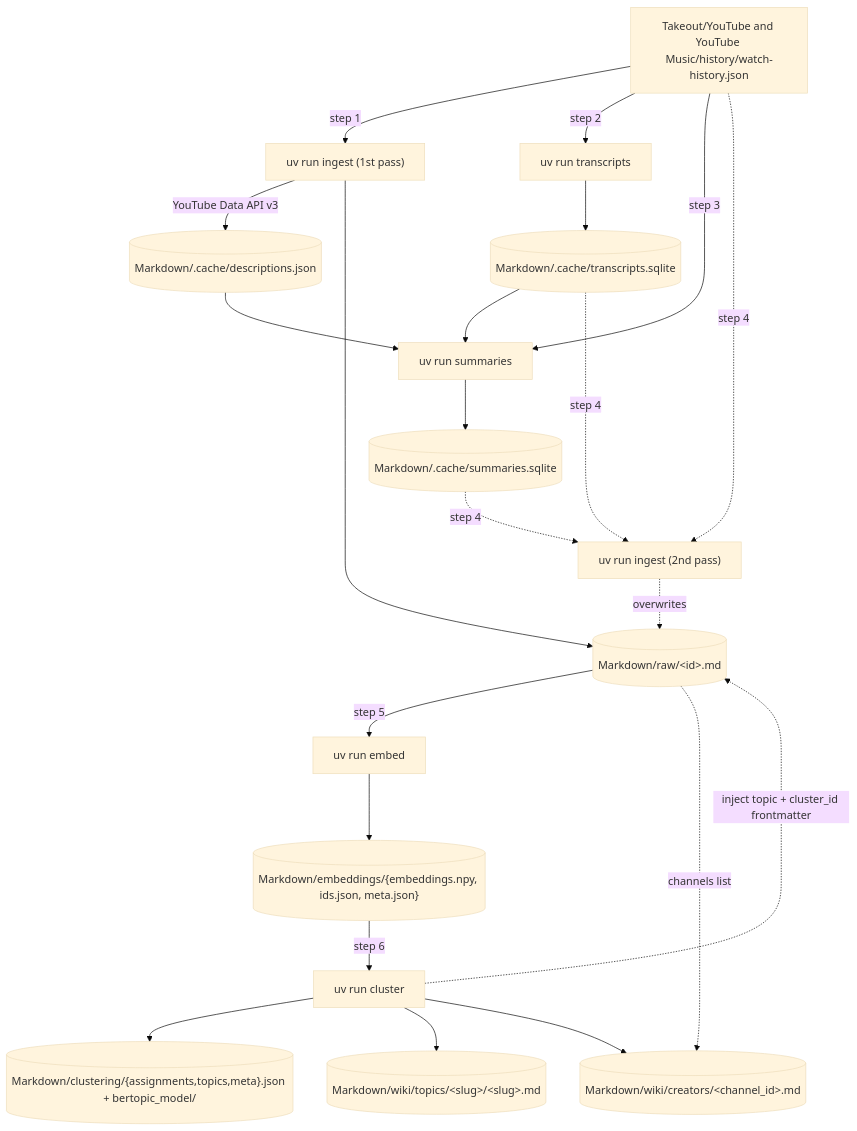
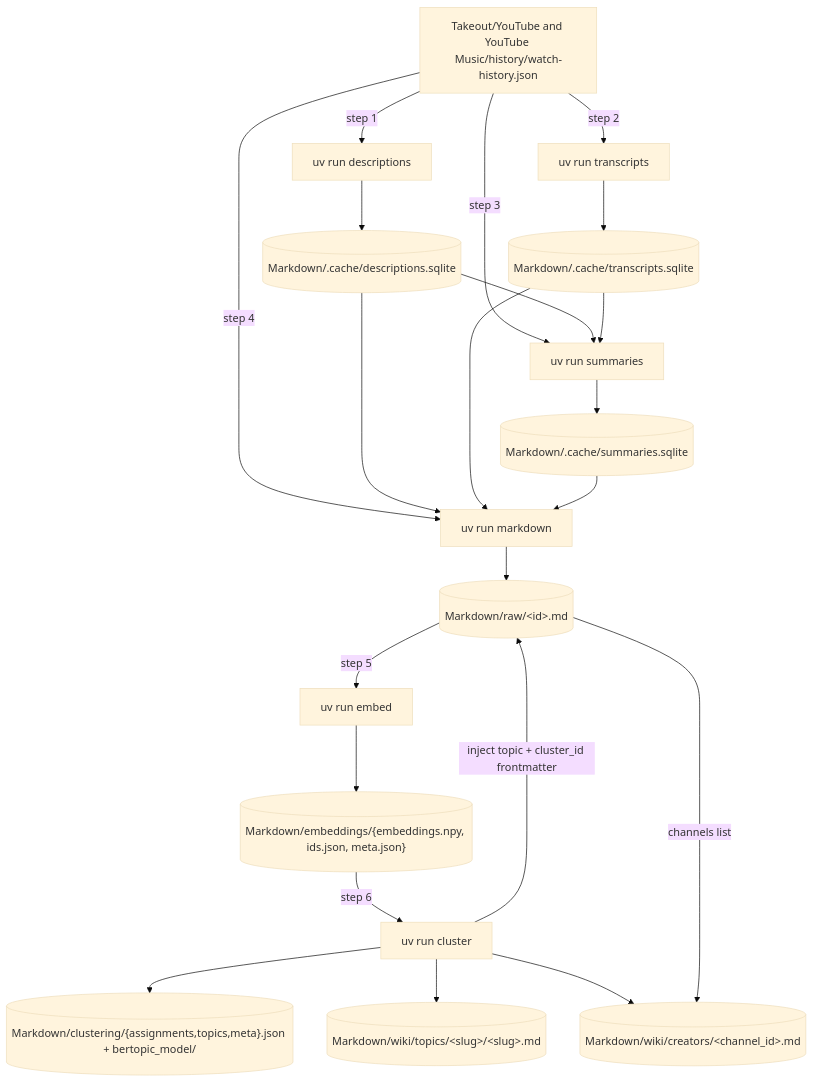
Before and after one commit to lars20070/youtubebrain: the diagram in lat.md/overview.md, drawn with Mermaid (base theme). The commit also changed other lines of this file and 3 other files, not shown here.

````diff
--- a/lat.md/overview.md
+++ b/lat.md/overview.md
@@ -45,32 +43,31 @@
 ```mermaid
 flowchart TD
     Input["Takeout/YouTube and YouTube Music/history/watch-history.json"]
 
-    Input -->|step 1| Ingest1["uv run ingest (1st pass)"]
+    Input -->|step 1| Descriptions["uv run descriptions"]
     Input -->|step 2| Transcripts["uv run transcripts"]
     Input -->|step 3| Summaries["uv run summaries"]
+    Input -->|step 4| Markdown["uv run markdown"]
 
-    Ingest1 -->|YouTube Data API v3| DescCache[("Markdown/.cache/descriptions.json")]
-    Ingest1 --> Raw[("Markdown/raw/&lt;id&gt;.md")]
-
+    Descriptions --> DescCache[("Markdown/.cache/descriptions.sqlite")]
     Transcripts --> TxCache[("Markdown/.cache/transcripts.sqlite")]
 
     DescCache --> Summaries
     TxCache --> Summaries
     Summaries --> SmCache[("Markdown/.cache/summaries.sqlite")]
 
-    TxCache -.->|step 4| Ingest2["uv run ingest (2nd pass)"]
-    SmCache -.->|step 4| Ingest2
-    Input -.->|step 4| Ingest2
-    Ingest2 -.->|overwrites| Raw
+    DescCache --> Markdown
+    TxCache --> Markdown
+    SmCache --> Markdown
+    Markdown --> Raw[("Markdown/raw/&lt;id&gt;.md")]
 
     Raw -->|step 5| Embed["uv run embed"]
     Embed --> Emb[("Markdown/embeddings/{embeddings.npy, ids.json, meta.json}")]
 
     Emb -->|step 6| Cluster["uv run cluster"]
     Cluster --> Clu[("Markdown/clustering/{assignments,topics,meta}.json + bertopic_model/")]
     Cluster --> Wiki[("Markdown/wiki/topics/&lt;slug&gt;/&lt;slug&gt;.md")]
     Cluster --> Creators[("Markdown/wiki/creators/&lt;channel_id&gt;.md")]
-    Cluster -.->|inject topic + cluster_id frontmatter| Raw
-    Raw -.->|channels list| Creators
+    Cluster -->|inject topic + cluster_id frontmatter| Raw
+    Raw -->|channels list| Creators
 ```
````
